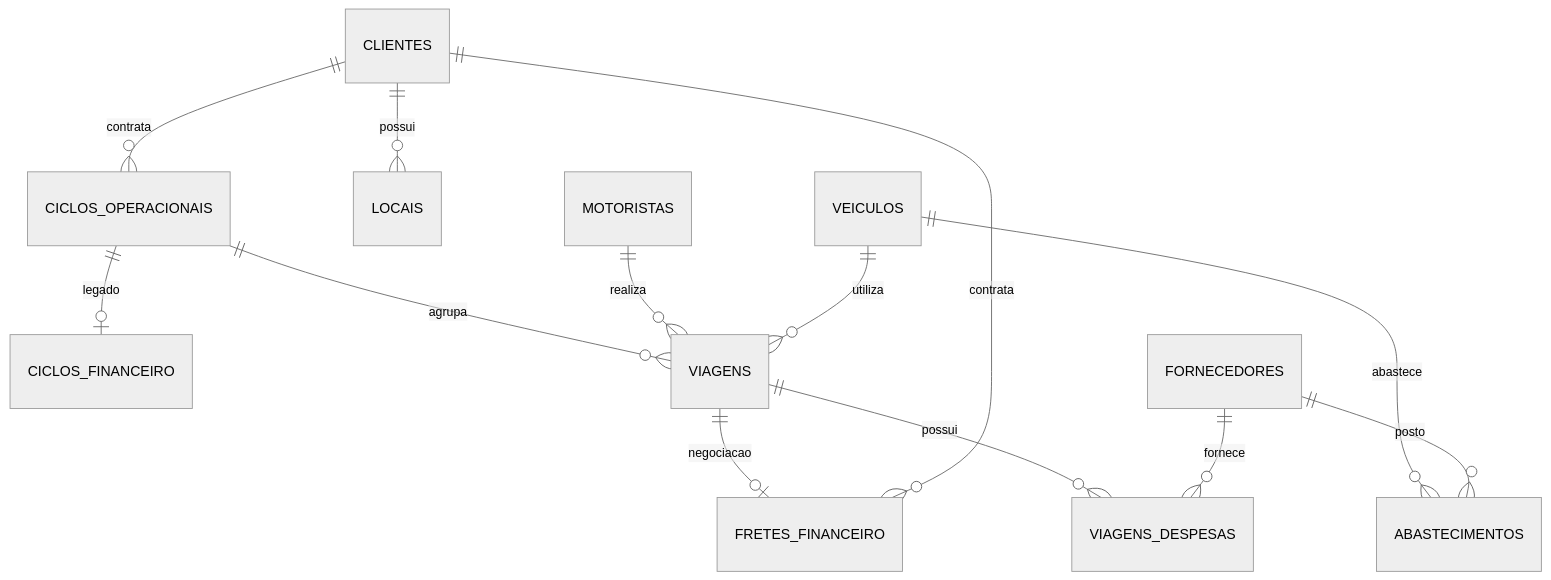
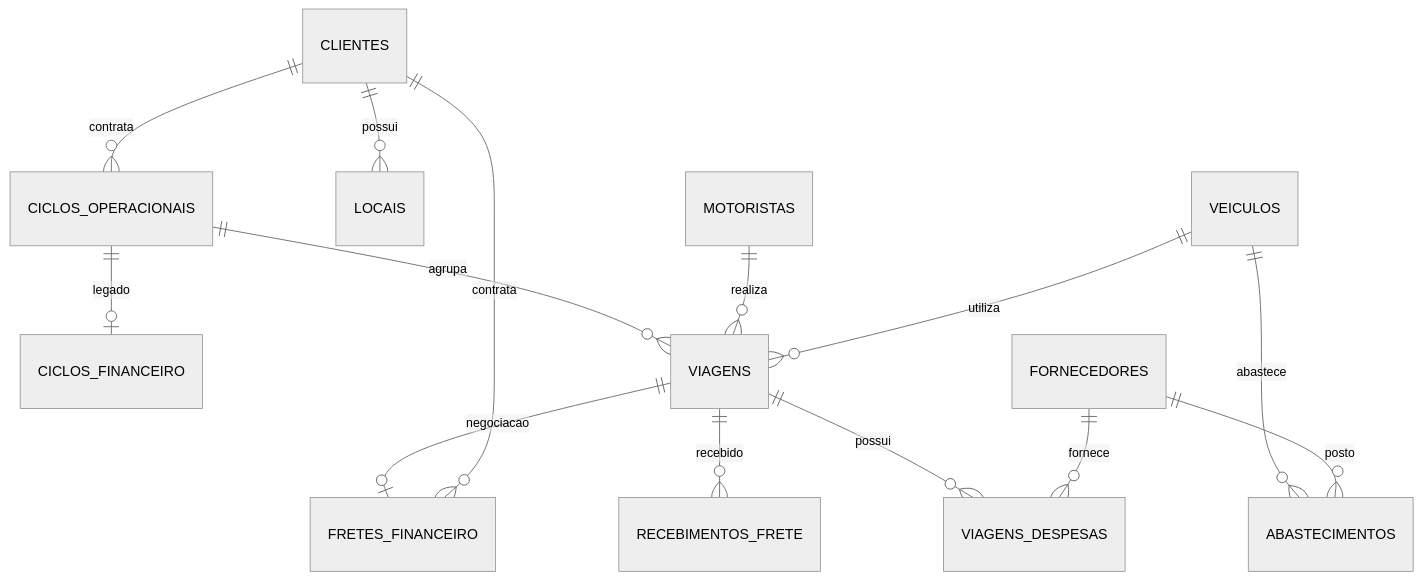
Before and after one commit to felpontes98/faeg-logistica-app: the diagram in docs/arquitetura_banco.md, drawn with Mermaid (neutral theme). The commit also changed other lines of this file and 7 other files, not shown here.

Commit message:
feat: controle de recebimentos efetivos por frete e ciclo

````diff
--- a/docs/arquitetura_banco.md
+++ b/docs/arquitetura_banco.md
@@ -27,15 +28,16 @@
 ```mermaid
 erDiagram
     CLIENTES ||--o{ CICLOS_OPERACIONAIS : contrata
     CLIENTES ||--o{ LOCAIS : possui
     CICLOS_OPERACIONAIS ||--o| CICLOS_FINANCEIRO : legado
     CICLOS_OPERACIONAIS ||--o{ VIAGENS : agrupa
     VIAGENS ||--o| FRETES_FINANCEIRO : negociacao
+    VIAGENS ||--o{ RECEBIMENTOS_FRETE : recebido
     CLIENTES ||--o{ FRETES_FINANCEIRO : contrata
     MOTORISTAS ||--o{ VIAGENS : realiza
     VEICULOS ||--o{ VIAGENS : utiliza
     VEICULOS ||--o{ ABASTECIMENTOS : abastece
     VIAGENS ||--o{ VIAGENS_DESPESAS : possui
     FORNECEDORES ||--o{ VIAGENS_DESPESAS : fornece
     FORNECEDORES ||--o{ ABASTECIMENTOS : posto
 ```
````
